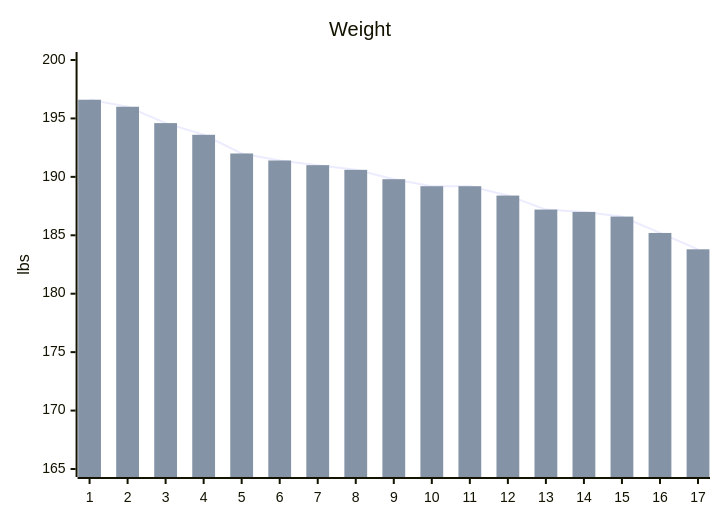
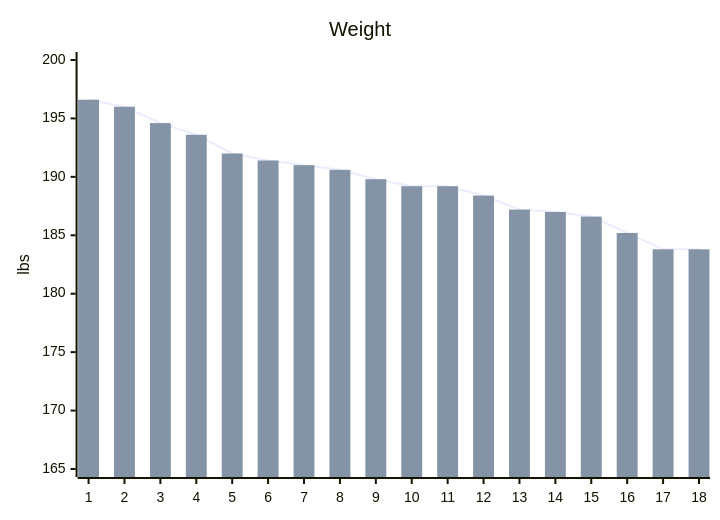
Before and after one commit to stevenelson35/stevenelson35.github.io: the diagram in all_collections/_personal/goals.md, drawn with Mermaid. The commit also changed other lines of this file, not shown here.

```diff
--- a/all_collections/_personal/goals.md
+++ b/all_collections/_personal/goals.md
@@ -11,8 +11,8 @@
 <pre class="mermaid" >
   xychart-beta
     title "Weight" 
-    x-axis [1, 2, 3, 4, 5, 6, 7, 8, 9, 10, 11, 12, 13, 14, 15, 16, 17] 
+    x-axis [1, 2, 3, 4, 5, 6, 7, 8, 9, 10, 11, 12, 13, 14, 15, 16, 17, 18] 
     y-axis "lbs" 165 --> 200
-    line [196.6, 196.0, 194.6, 193.6, 192.0, 191.4, 191.0, 190.6, 189.8, 189.2, 189.2, 188.4, 187.2, 187.0, 186.6, 185.2, 183.8]
-    bar [196.6, 196.0, 194.6, 193.6, 192.0, 191.4, 191.0, 190.6, 189.8, 189.2, 189.2, 188.4, 187.2, 187.0, 186.6, 185.2, 183.8]
+    line [196.6, 196.0, 194.6, 193.6, 192.0, 191.4, 191.0, 190.6, 189.8, 189.2, 189.2, 188.4, 187.2, 187.0, 186.6, 185.2, 183.8, 183.8]
+    bar [196.6, 196.0, 194.6, 193.6, 192.0, 191.4, 191.0, 190.6, 189.8, 189.2, 189.2, 188.4, 187.2, 187.0, 186.6, 185.2, 183.8, 183.8]
 </pre>
```
